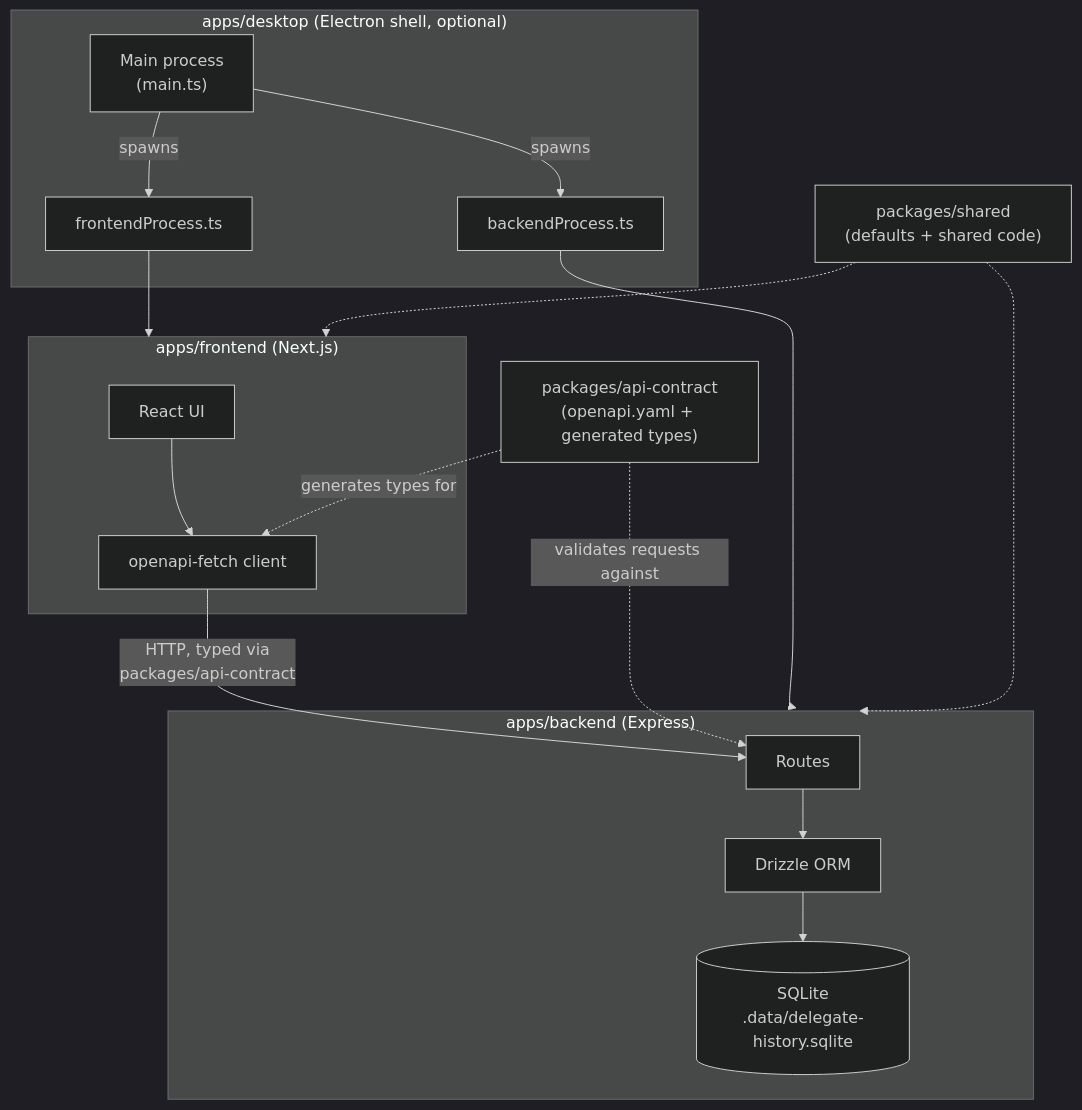
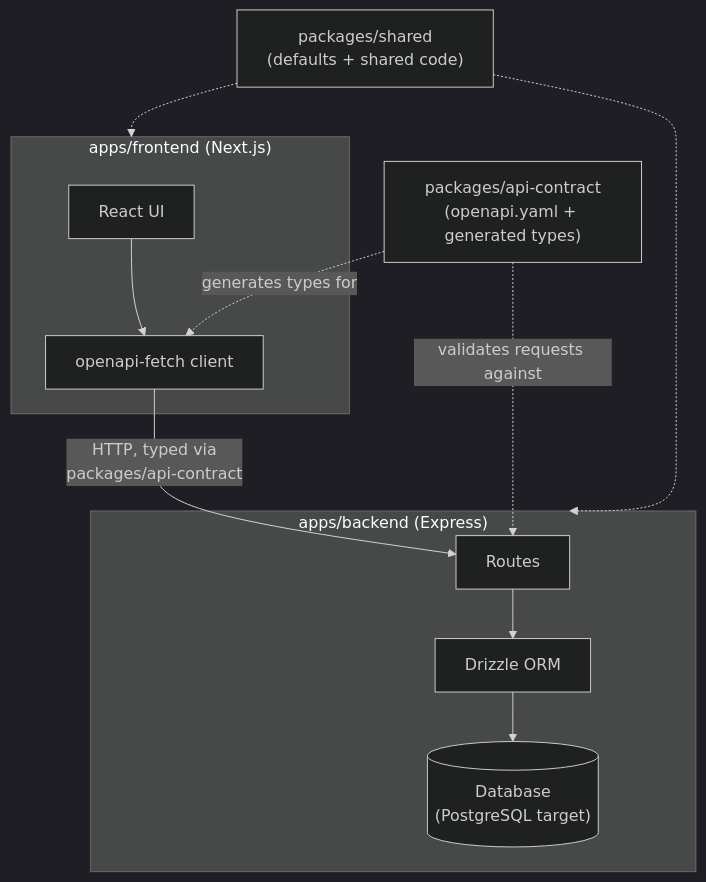
One commit to Jambrose777/delegate-history changed the diagram in README.md. Above: the diagram before and after it, drawn with Mermaid (dark theme). The commit also changed other lines of this file and 45 other files, not shown here.

Commit message:
feat: transition to web-only architecture

````diff
--- a/README.md
+++ b/README.md
@@ -50,32 +24,23 @@
 ```mermaid
 graph TD
-    subgraph Desktop["apps/desktop (Electron shell, optional)"]
-        Main["Main process<br/>(main.ts)"]
-        Main -->|spawns| FEProc["frontendProcess.ts"]
-        Main -->|spawns| BEProc["backendProcess.ts"]
-    end
-
-    FEProc --> Frontend
-    BEProc --> Backend
-
     subgraph Frontend["apps/frontend (Next.js)"]
         UI["React UI"]
         APIClient["openapi-fetch client"]
         UI --> APIClient
     end
 
     subgraph Backend["apps/backend (Express)"]
         Routes["Routes"]
         Drizzle["Drizzle ORM"]
-        DB[("SQLite<br/>.data/delegate-history.sqlite")]
+      DB[("Database<br/>(PostgreSQL target)")]
         Routes --> Drizzle --> DB
     end
 
     APIClient -->|"HTTP, typed via<br/>packages/api-contract"| Routes
 
     Contract["packages/api-contract<br/>(openapi.yaml + generated types)"] -.->|generates types for| APIClient
     Contract -.->|validates requests against| Routes
 
     Shared["packages/shared<br/>(defaults + shared code)"] -.-> Frontend
     Shared -.-> Backend
 ```
````
